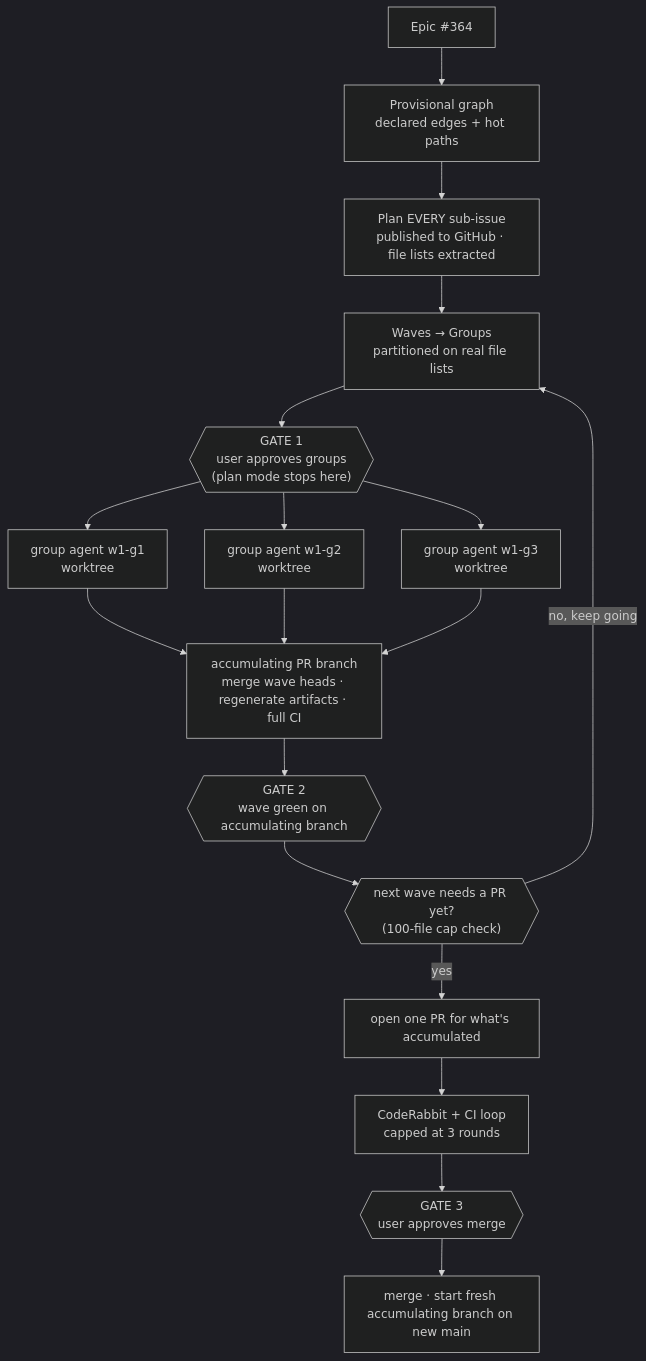
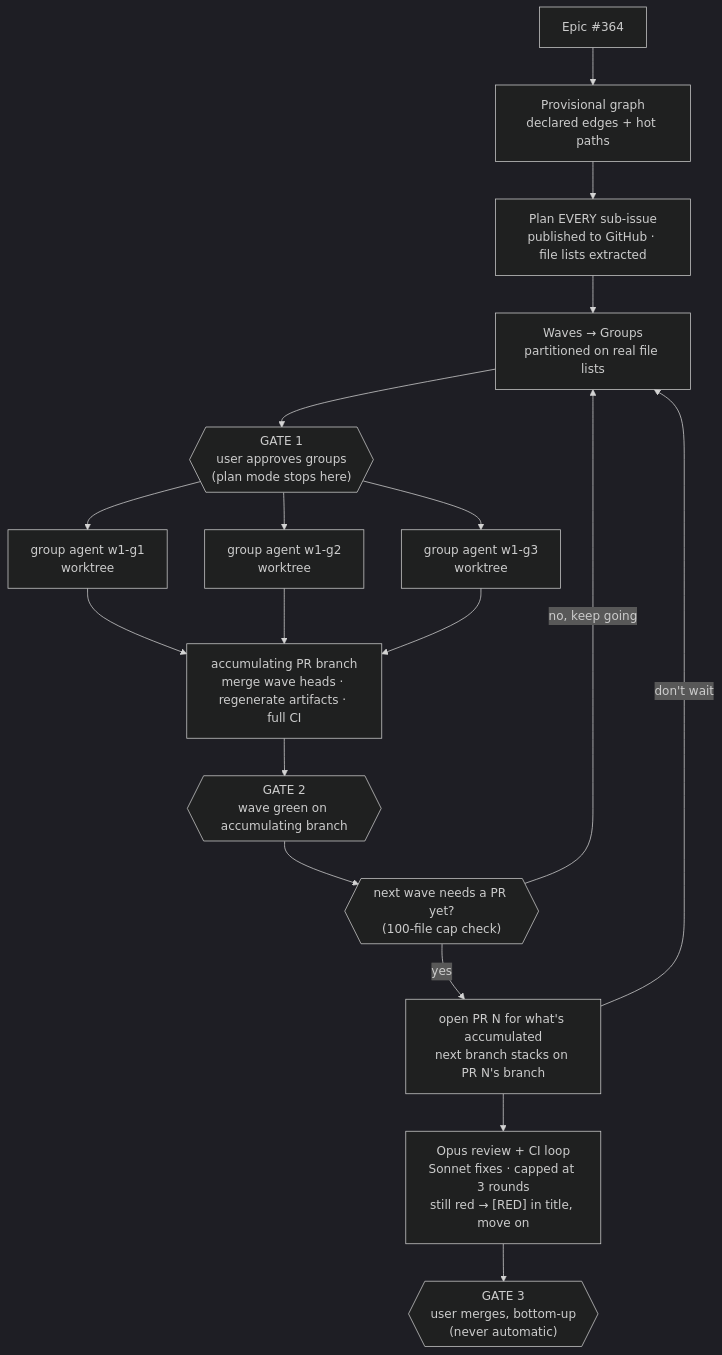
Before and after one commit to tareq89/biddaloy: the second of 3 diagrams in .claude/skills/implement-epic/SKILL.md, drawn with Mermaid (dark theme). The commit also changed other lines of this file and 1 other file, not shown here.

````diff
--- a/.claude/skills/implement-epic/SKILL.md
+++ b/.claude/skills/implement-epic/SKILL.md
@@ -240,20 +203,20 @@
 ```mermaid
 flowchart TB
     E["Epic #364"] --> DG["Provisional graph\ndeclared edges + hot paths"]
     DG --> P["Plan EVERY sub-issue\npublished to GitHub · file lists extracted"]
     P --> W["Waves → Groups\npartitioned on real file lists"]
     W --> G1{{"GATE 1\nuser approves groups\n(plan mode stops here)"}}
     G1 --> A1["group agent w1-g1\nworktree"]
     G1 --> A2["group agent w1-g2\nworktree"]
     G1 --> A3["group agent w1-g3\nworktree"]
     A1 --> INT["accumulating PR branch\nmerge wave heads · regenerate artifacts · full CI"]
     A2 --> INT
     A3 --> INT
     INT --> G2{{"GATE 2\nwave green on accumulating branch"}}
     G2 --> NW{{"next wave needs a PR yet?\n(100-file cap check)"}}
     NW -->|no, keep going| W
-    NW -->|yes| PR["open one PR for what's accumulated"]
-    PR --> CR["CodeRabbit + CI loop\ncapped at 3 rounds"]
-    CR --> G3{{"GATE 3\nuser approves merge"}}
-    G3 --> M["merge · start fresh accumulating branch on new main"]
+    NW -->|yes| PR["open PR N for what's accumulated\nnext branch stacks on PR N's branch"]
+    PR -->|don't wait| W
+    PR --> CR["Opus review + CI loop\nSonnet fixes · capped at 3 rounds\nstill red → [RED] in title, move on"]
+    CR --> G3{{"GATE 3\nuser merges, bottom-up\n(never automatic)"}}
 ```
````
